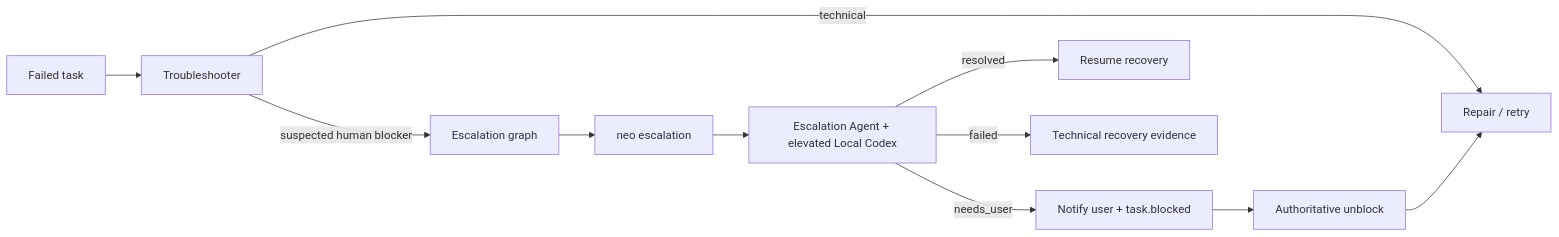
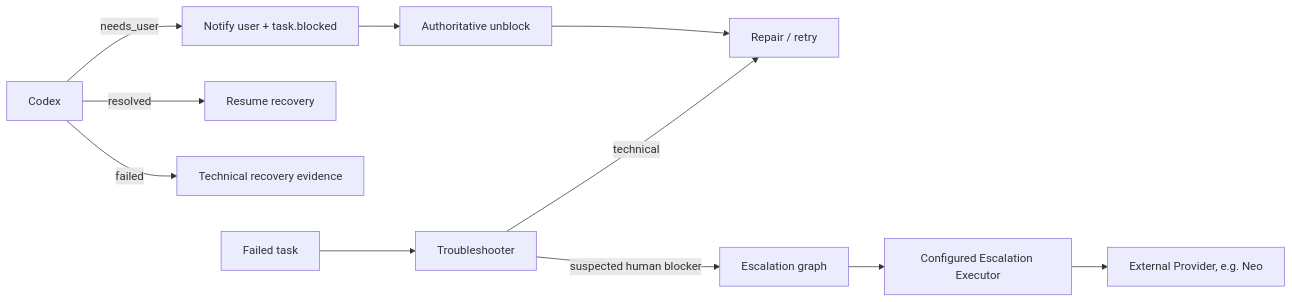
One commit to lalalic/agents-relay changed the diagram in README.md. Above: the diagram before and after it, drawn with Mermaid. The commit also changed other lines of this file and 13 other files, not shown here.

````diff
--- a/README.md
+++ b/README.md
@@ -292,13 +306,13 @@
 ```mermaid
 flowchart LR
     Failed[Failed task] --> Troubleshooter
     Troubleshooter -->|technical| Repair[Repair / retry]
     Troubleshooter -->|suspected human blocker| Escalation[Escalation graph]
-    Escalation --> Invoke[neo escalation]
-    Invoke --> Codex[Escalation Agent + elevated Local Codex]
+    Escalation --> Invoke[Configured Escalation Executor]
+    Invoke --> Provider[External Provider, e.g. Neo]
     Codex -->|resolved| Resume[Resume recovery]
     Codex -->|failed| Technical[Technical recovery evidence]
     Codex -->|needs_user| User[Notify user + task.blocked]
     User --> Unblock[Authoritative unblock]
     Unblock --> Repair
 ```
````
